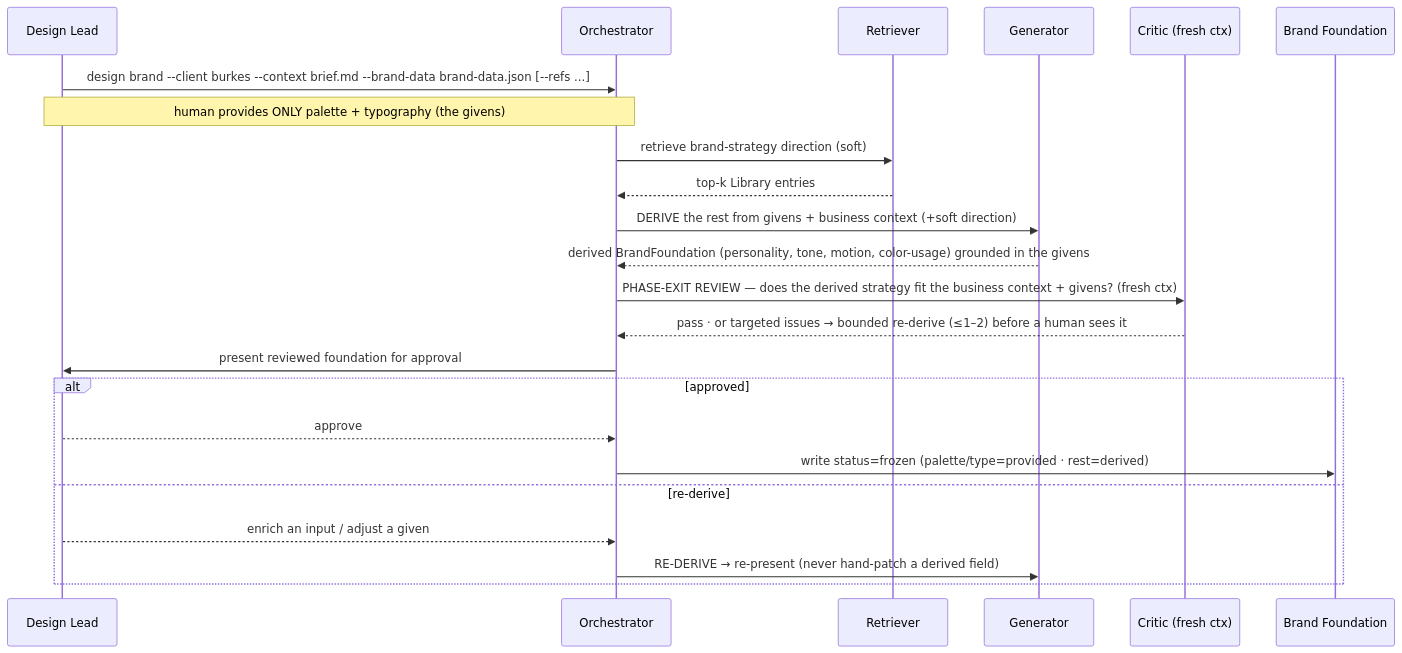
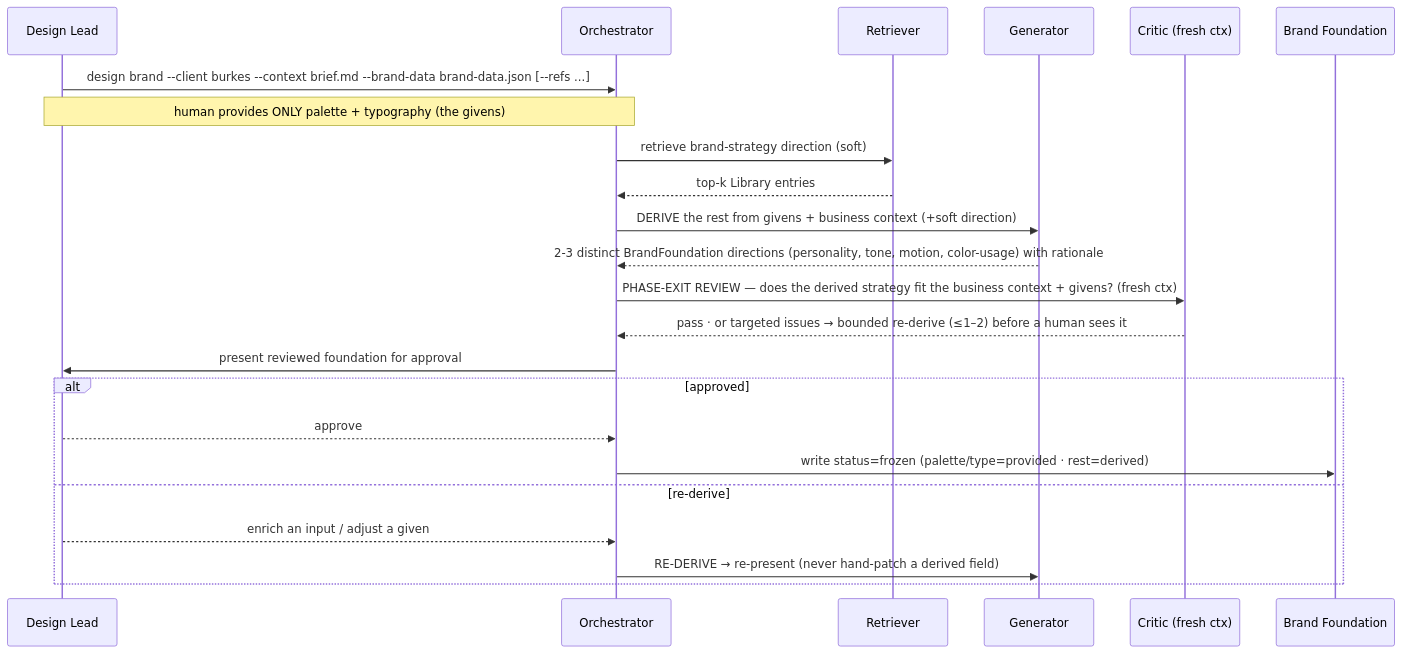
One commit to dev8xofficial/TroopHunter changed the second of 6 diagrams in future-pipeline/autonomous-design-engine/spec/06-workflows.md. Above: the diagram before and after it, drawn with Mermaid. The commit also changed other lines of this file and 20 other files, not shown here.

````diff
--- a/future-pipeline/autonomous-design-engine/spec/06-workflows.md
+++ b/future-pipeline/autonomous-design-engine/spec/06-workflows.md
@@ -30,26 +30,26 @@
 ```mermaid
 sequenceDiagram
     participant U as Design Lead
     participant O as Orchestrator
     participant R as Retriever
     participant G as Generator
     participant C as Critic (fresh ctx)
     participant BF as Brand Foundation
 
     U->>O: design brand --client burkes --context brief.md --brand-data brand-data.json [--refs ...]
     Note over U,O: human provides ONLY palette + typography (the givens)
     O->>R: retrieve brand-strategy direction (soft)
     R-->>O: top-k Library entries
     O->>G: DERIVE the rest from givens + business context (+soft direction)
-    G-->>O: derived BrandFoundation (personality, tone, motion, color-usage) grounded in the givens
+    G-->>O: 2-3 distinct BrandFoundation directions (personality, tone, motion, color-usage) with rationale
     O->>C: PHASE-EXIT REVIEW — does the derived strategy fit the business context + givens? (fresh ctx)
     C-->>O: pass · or targeted issues → bounded re-derive (≤1–2) before a human sees it
     O->>U: present reviewed foundation for approval
     alt approved
         U-->>O: approve
         O->>BF: write status=frozen (palette/type=provided · rest=derived)
     else re-derive
         U-->>O: enrich an input / adjust a given
         O->>G: RE-DERIVE → re-present (never hand-patch a derived field)
     end
 ```
````
